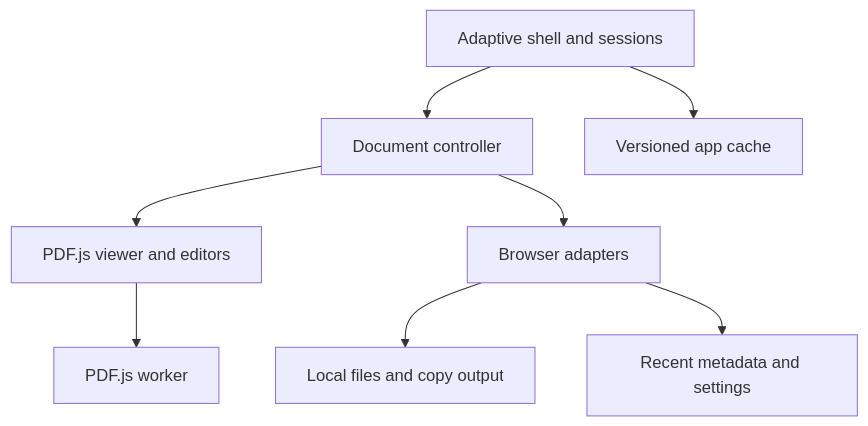
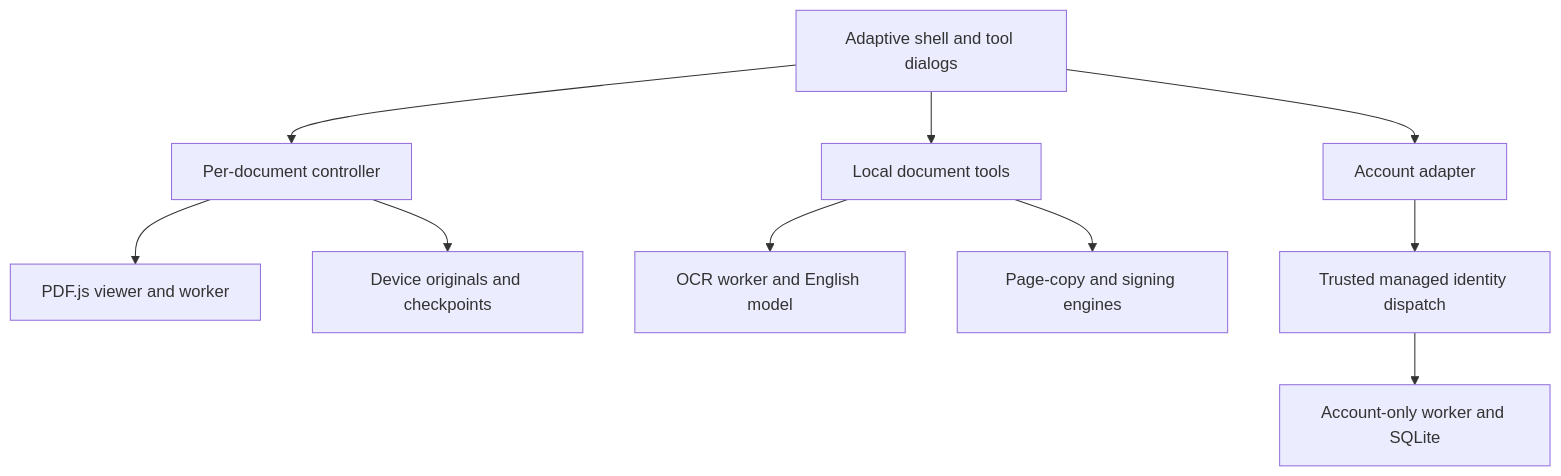
One commit to KingGogusV/Project-PDF-reader- changed the diagram in ARCHITECTURE.md. Above: the diagram before and after it, drawn with Mermaid. The commit also changed other lines of this file and 24 other files, not shown here.

````diff
--- a/ARCHITECTURE.md
+++ b/ARCHITECTURE.md
@@ -5,10 +5,12 @@
-~~~mermaid
+```mermaid
 flowchart TD
- UI["Adaptive shell and sessions"] --> Core["Document controller"]
- Core --> Viewer["PDF.js viewer and editors"]
- Viewer --> Worker["PDF.js worker"]
- Core --> Adapters["Browser adapters"]
- Adapters --> Files["Local files and copy output"]
- Adapters --> State["Recent metadata and settings"]
- UI --> Cache["Versioned app cache"]
-~~~
+ UI["Adaptive shell and tool dialogs"] --> Reader["Per-document controller"]
+ Reader --> PDF["PDF.js viewer and worker"]
+ Reader --> Vault["Device originals and checkpoints"]
+ UI --> Tools["Local document tools"]
+ Tools --> OCR["OCR worker and English model"]
+ Tools --> Writers["Page-copy and signing engines"]
+ UI --> Account["Account adapter"]
+ Account --> Dispatch["Trusted managed identity dispatch"]
+ Dispatch --> API["Account-only worker and SQLite"]
+```
````
